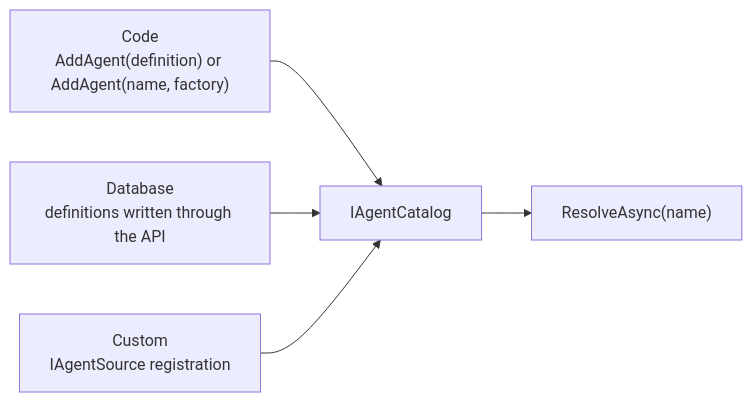
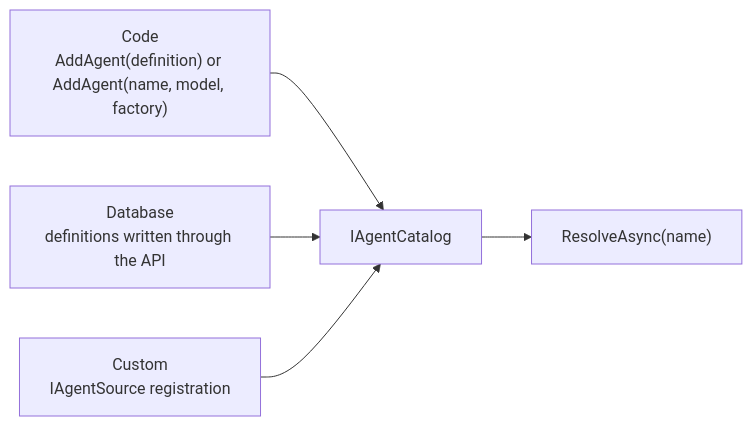
The first of 3 diagrams in docs-site/src/content/docs/concepts/agents.md (farukatasoy/Tracon), drawn with Mermaid before and after one commit. The commit also changed other lines of this file and 117 other files, not shown here.

Commit message:
feat: declare the model of a factory agent, build tools from the provider, move job registration to the chain

````diff
--- a/docs-site/src/content/docs/concepts/agents.md
+++ b/docs-site/src/content/docs/concepts/agents.md
@@ -146,9 +146,9 @@
 ```mermaid
 flowchart LR
     accTitle: Agent catalog sources
     accDescr: Code registrations, database definitions, and custom sources merge into one catalog, with lower priority values winning name collisions.
-    C["Code<br/>AddAgent(definition) or AddAgent(name, factory)"] --> CAT["IAgentCatalog"]
+    C["Code<br/>AddAgent(definition) or AddAgent(name, model, factory)"] --> CAT["IAgentCatalog"]
     D["Database<br/>definitions written through the API"] --> CAT
     X["Custom<br/>IAgentSource registration"] --> CAT
     CAT --> R["ResolveAsync(name)"]
 ```
````
